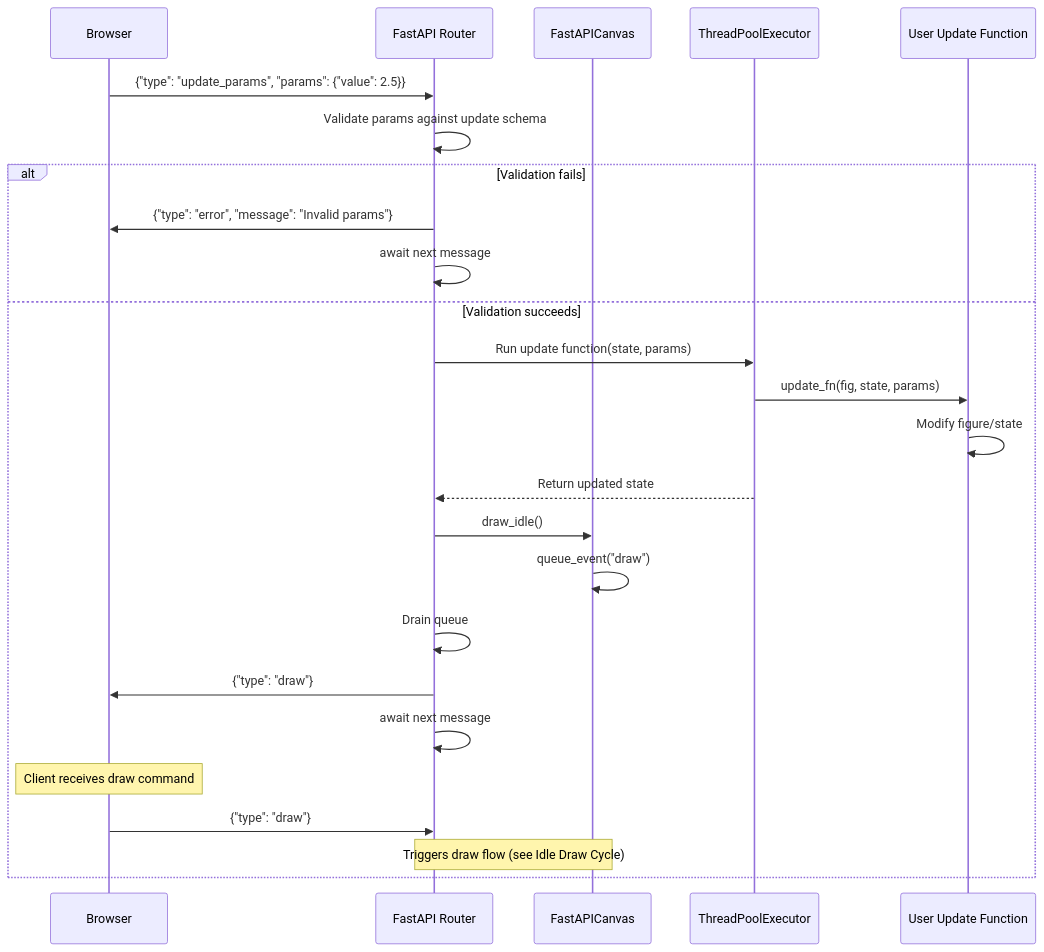
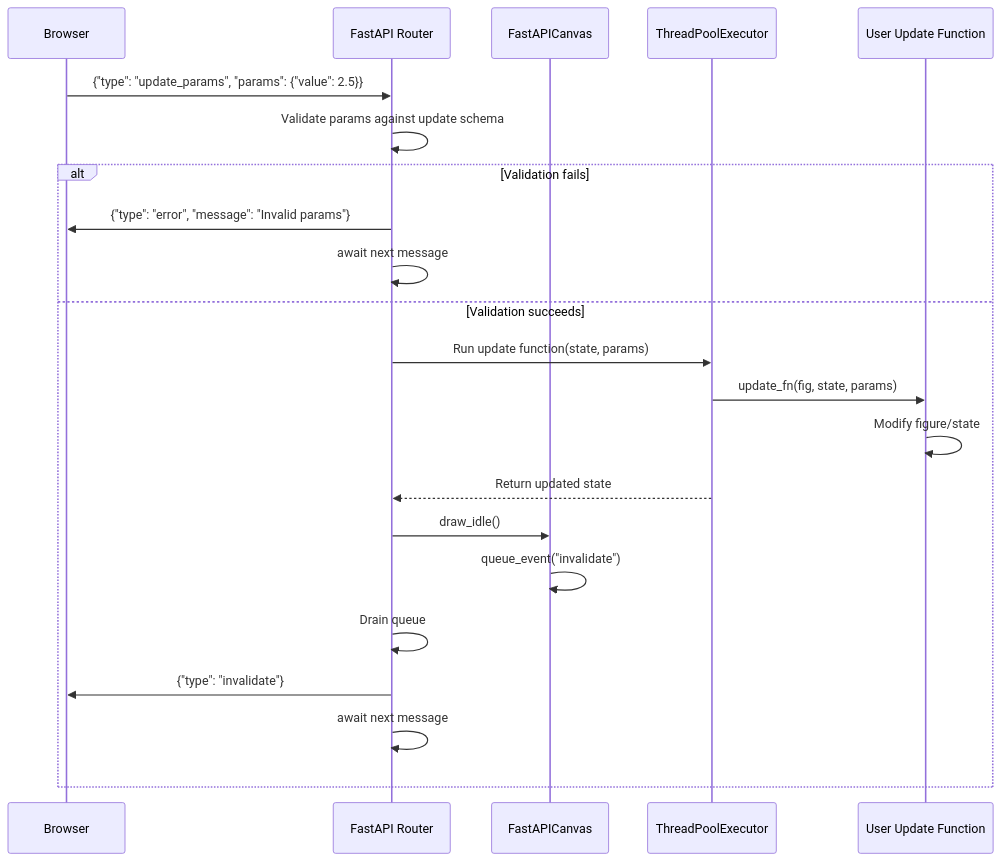
Before and after one commit to tacaswell/matplotlib-fastapi: the eighth of 12 diagrams in docs/websocket-protocol.md, drawn with Mermaid. The commit also changed other lines of this file and 4 other files, not shown here.

````diff
--- a/docs/websocket-protocol.md
+++ b/docs/websocket-protocol.md
@@ -340,29 +335,25 @@
 ```mermaid
 sequenceDiagram
     participant Client as Browser
     participant Router as FastAPI Router
     participant Backend as FastAPICanvas
     participant Executor as ThreadPoolExecutor
     participant UpdateFn as User Update Function
 
     Client->>Router: {"type": "update_params", "params": {"value": 2.5}}
     Router->>Router: Validate params against update schema
     alt Validation fails
         Router->>Client: {"type": "error", "message": "Invalid params"}
         Router->>Router: await next message
     else Validation succeeds
         Router->>Executor: Run update function(state, params)
         Executor->>UpdateFn: update_fn(fig, state, params)
         UpdateFn->>UpdateFn: Modify figure/state
         Executor-->>Router: Return updated state
         Router->>Backend: draw_idle()
-        Backend->>Backend: queue_event("draw")
+        Backend->>Backend: queue_event("invalidate")
         Router->>Router: Drain queue
-        Router->>Client: {"type": "draw"}
+        Router->>Client: {"type": "invalidate"}
         Router->>Router: await next message
-        
-        Note over Client: Client receives draw command
-        Client->>Router: {"type": "draw"}
-        Note over Router,Backend: Triggers draw flow (see Idle Draw Cycle)
     end
 ```
````
